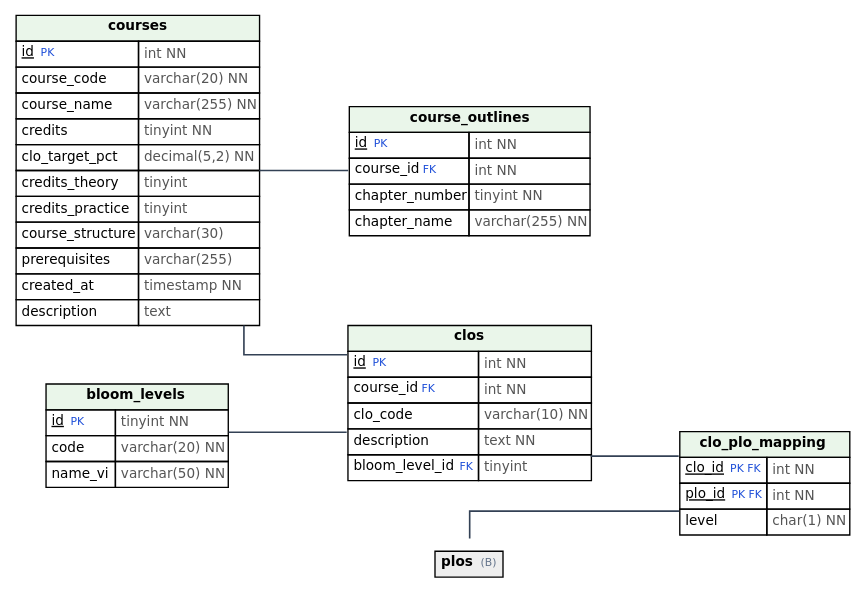
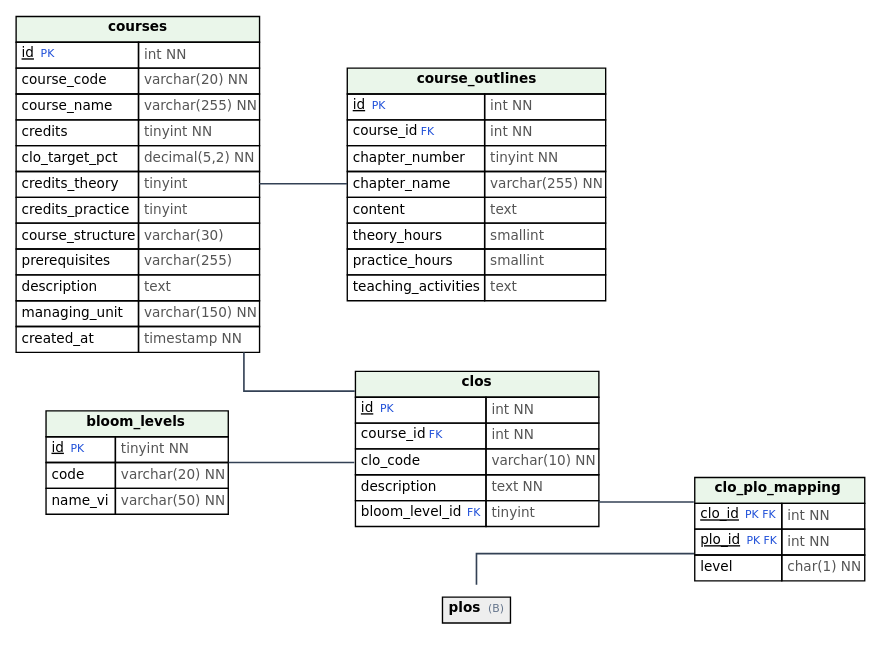
Before and after one commit to NguyenTanYen/TLCN: the diagram in docs/diagrams/erd_C.dot, drawn with Graphviz. The commit also changed 16 other files, not shown here.

```diff
--- a/docs/diagrams/erd_C.dot
+++ b/docs/diagrams/erd_C.dot
@@ -1,14 +1,14 @@
 digraph G { rankdir=LR; graph [fontname="DejaVu Sans", splines=ortho, nodesep=0.6, ranksep=0.9 ];
 node [shape=none, margin=0, fontname="DejaVu Sans", fontsize=10]; edge [color="#334155", penwidth=1.2, dir=none];
-"courses" [label=<<table border="0" cellborder="1" cellspacing="0" cellpadding="3"><tr><td bgcolor="#EAF6EA" colspan="2"><b>courses</b></td></tr><tr><td align="left" port="id"><u>id</u> <font color="#1d4ed8" point-size="8">PK</font></td><td align="left"><font color="#555555">int NN</font></td></tr><tr><td align="left" port="course_code">course_code</td><td align="left"><font color="#555555">varchar(20) NN</font></td></tr><tr><td align="left" port="course_name">course_name</td><td align="left"><font color="#555555">varchar(255) NN</font></td></tr><tr><td align="left" port="credits">credits</td><td align="left"><font color="#555555">tinyint NN</font></td></tr><tr><td align="left" port="clo_target_pct">clo_target_pct</td><td align="left"><font color="#555555">decimal(5,2) NN</font></td></tr><tr><td align="left" port="credits_theory">credits_theory</td><td align="left"><font color="#555555">tinyint</font></td></tr><tr><td align="left" port="credits_practice">credits_practice</td><td align="left"><font color="#555555">tinyint</font></td></tr><tr><td align="left" port="course_structure">course_structure</td><td align="left"><font color="#555555">varchar(30)</font></td></tr><tr><td align="left" port="prerequisites">prerequisites</td><td align="left"><font color="#555555">varchar(255)</font></td></tr><tr><td align="left" port="created_at">created_at</td><td align="left"><font color="#555555">timestamp NN</font></td></tr><tr><td align="left" port="description">description</td><td align="left"><font color="#555555">text</font></td></tr></table>>];
-"course_outlines" [label=<<table border="0" cellborder="1" cellspacing="0" cellpadding="3"><tr><td bgcolor="#EAF6EA" colspan="2"><b>course_outlines</b></td></tr><tr><td align="left" port="id"><u>id</u> <font color="#1d4ed8" point-size="8">PK</font></td><td align="left"><font color="#555555">int NN</font></td></tr><tr><td align="left" port="course_id">course_id <font color="#1d4ed8" point-size="8">FK</font></td><td align="left"><font color="#555555">int NN</font></td></tr><tr><td align="left" port="chapter_number">chapter_number</td><td align="left"><font color="#555555">tinyint NN</font></td></tr><tr><td align="left" port="chapter_name">chapter_name</td><td align="left"><font color="#555555">varchar(255) NN</font></td></tr></table>>];
+"courses" [label=<<table border="0" cellborder="1" cellspacing="0" cellpadding="3"><tr><td bgcolor="#EAF6EA" colspan="2"><b>courses</b></td></tr><tr><td align="left" port="id"><u>id</u> <font color="#1d4ed8" point-size="8">PK</font></td><td align="left"><font color="#555555">int NN</font></td></tr><tr><td align="left" port="course_code">course_code</td><td align="left"><font color="#555555">varchar(20) NN</font></td></tr><tr><td align="left" port="course_name">course_name</td><td align="left"><font color="#555555">varchar(255) NN</font></td></tr><tr><td align="left" port="credits">credits</td><td align="left"><font color="#555555">tinyint NN</font></td></tr><tr><td align="left" port="clo_target_pct">clo_target_pct</td><td align="left"><font color="#555555">decimal(5,2) NN</font></td></tr><tr><td align="left" port="credits_theory">credits_theory</td><td align="left"><font color="#555555">tinyint</font></td></tr><tr><td align="left" port="credits_practice">credits_practice</td><td align="left"><font color="#555555">tinyint</font></td></tr><tr><td align="left" port="course_structure">course_structure</td><td align="left"><font color="#555555">varchar(30)</font></td></tr><tr><td align="left" port="prerequisites">prerequisites</td><td align="left"><font color="#555555">varchar(255)</font></td></tr><tr><td align="left" port="description">description</td><td align="left"><font color="#555555">text</font></td></tr><tr><td align="left" port="managing_unit">managing_unit</td><td align="left"><font color="#555555">varchar(150) NN</font></td></tr><tr><td align="left" port="created_at">created_at</td><td align="left"><font color="#555555">timestamp NN</font></td></tr></table>>];
+"course_outlines" [label=<<table border="0" cellborder="1" cellspacing="0" cellpadding="3"><tr><td bgcolor="#EAF6EA" colspan="2"><b>course_outlines</b></td></tr><tr><td align="left" port="id"><u>id</u> <font color="#1d4ed8" point-size="8">PK</font></td><td align="left"><font color="#555555">int NN</font></td></tr><tr><td align="left" port="course_id">course_id <font color="#1d4ed8" point-size="8">FK</font></td><td align="left"><font color="#555555">int NN</font></td></tr><tr><td align="left" port="chapter_number">chapter_number</td><td align="left"><font color="#555555">tinyint NN</font></td></tr><tr><td align="left" port="chapter_name">chapter_name</td><td align="left"><font color="#555555">varchar(255) NN</font></td></tr><tr><td align="left" port="content">content</td><td align="left"><font color="#555555">text</font></td></tr><tr><td align="left" port="theory_hours">theory_hours</td><td align="left"><font color="#555555">smallint</font></td></tr><tr><td align="left" port="practice_hours">practice_hours</td><td align="left"><font color="#555555">smallint</font></td></tr><tr><td align="left" port="teaching_activities">teaching_activities</td><td align="left"><font color="#555555">text</font></td></tr></table>>];
 "bloom_levels" [label=<<table border="0" cellborder="1" cellspacing="0" cellpadding="3"><tr><td bgcolor="#EAF6EA" colspan="2"><b>bloom_levels</b></td></tr><tr><td align="left" port="id"><u>id</u> <font color="#1d4ed8" point-size="8">PK</font></td><td align="left"><font color="#555555">tinyint NN</font></td></tr><tr><td align="left" port="code">code</td><td align="left"><font color="#555555">varchar(20) NN</font></td></tr><tr><td align="left" port="name_vi">name_vi</td><td align="left"><font color="#555555">varchar(50) NN</font></td></tr></table>>];
 "clos" [label=<<table border="0" cellborder="1" cellspacing="0" cellpadding="3"><tr><td bgcolor="#EAF6EA" colspan="2"><b>clos</b></td></tr><tr><td align="left" port="id"><u>id</u> <font color="#1d4ed8" point-size="8">PK</font></td><td align="left"><font color="#555555">int NN</font></td></tr><tr><td align="left" port="course_id">course_id <font color="#1d4ed8" point-size="8">FK</font></td><td align="left"><font color="#555555">int NN</font></td></tr><tr><td align="left" port="clo_code">clo_code</td><td align="left"><font color="#555555">varchar(10) NN</font></td></tr><tr><td align="left" port="description">description</td><td align="left"><font color="#555555">text NN</font></td></tr><tr><td align="left" port="bloom_level_id">bloom_level_id <font color="#1d4ed8" point-size="8">FK</font></td><td align="left"><font color="#555555">tinyint</font></td></tr></table>>];
 "clo_plo_mapping" [label=<<table border="0" cellborder="1" cellspacing="0" cellpadding="3"><tr><td bgcolor="#EAF6EA" colspan="2"><b>clo_plo_mapping</b></td></tr><tr><td align="left" port="clo_id"><u>clo_id</u> <font color="#1d4ed8" point-size="8">PK FK</font></td><td align="left"><font color="#555555">int NN</font></td></tr><tr><td align="left" port="plo_id"><u>plo_id</u> <font color="#1d4ed8" point-size="8">PK FK</font></td><td align="left"><font color="#555555">int NN</font></td></tr><tr><td align="left" port="level">level</td><td align="left"><font color="#555555">char(1) NN</font></td></tr></table>>];
 "plos@clo_plo_mapping" [label=<<table border="0" cellborder="1" cellspacing="0" cellpadding="3"><tr><td bgcolor="#EEEEEE" colspan="2"><b>plos</b> <font point-size="8" color="#64748b">(B)</font></td></tr></table>>];
 "clos" -> "clo_plo_mapping" [id="fk__clos__clo_plo_mapping__clo_id"];
 "plos@clo_plo_mapping" -> "clo_plo_mapping" [id="fk__plos@clo_plo_mapping__clo_plo_mapping__plo_id"];
 "bloom_levels" -> "clos" [id="fk__bloom_levels__clos__bloom_level_id"];
 "courses" -> "clos" [id="fk__courses__clos__course_id"];
 "courses" -> "course_outlines" [id="fk__courses__course_outlines__course_id"];
 }
```
